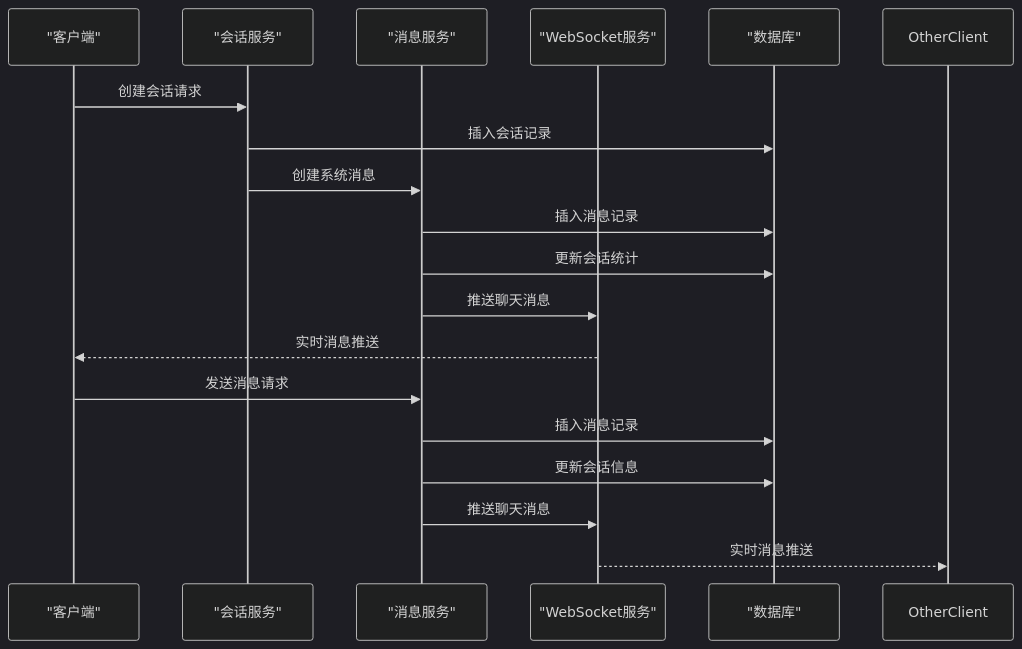
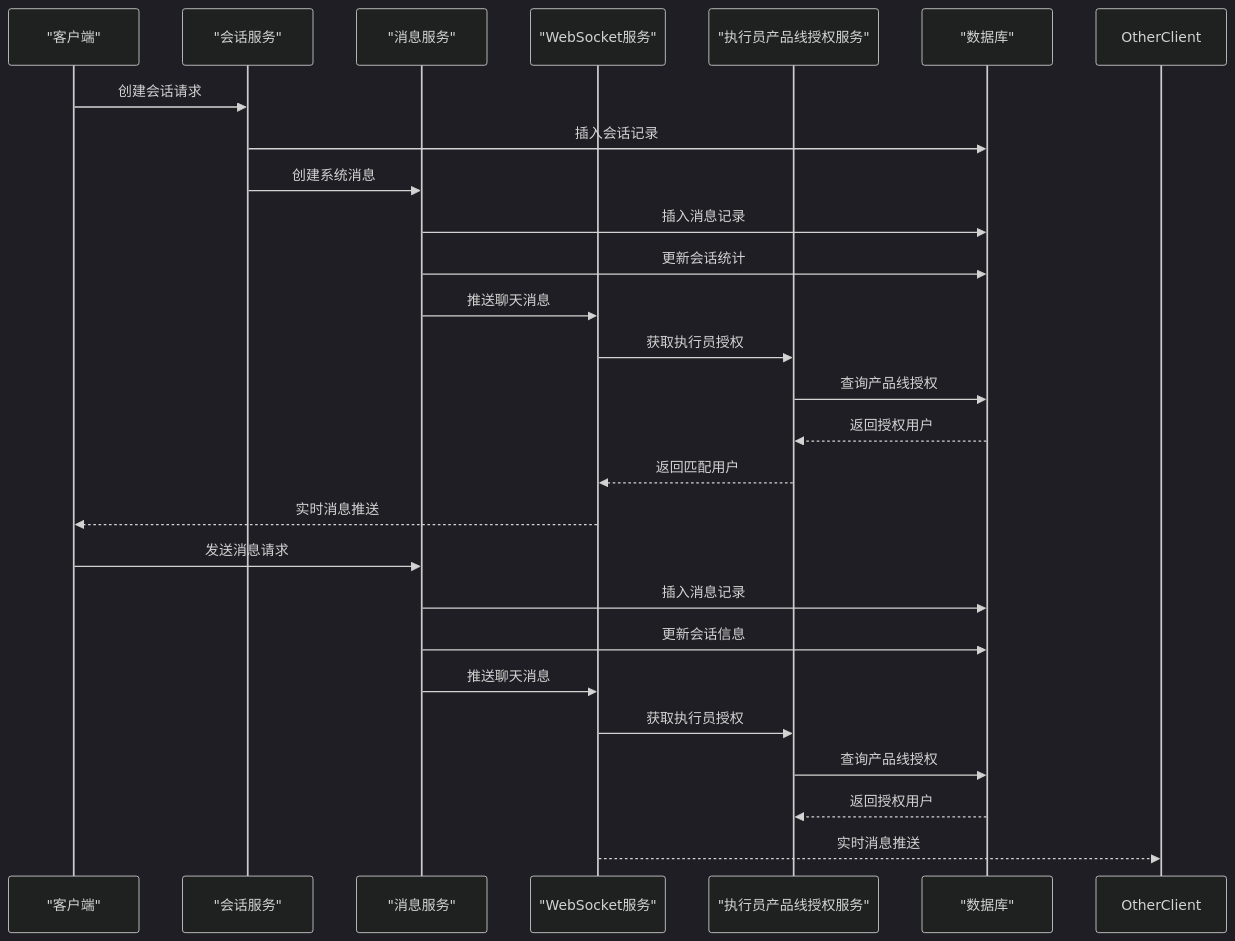
Before and after one commit to xiaoche80s-tech/rouyi-vue-pro: the fourth of 27 diagrams in .qoder/repowiki/zh/content/核心模块/客户服务模块.md, drawn with Mermaid (dark theme). The commit also changed other lines of this file and 534 other files, not shown here.

````diff
--- a/.qoder/repowiki/zh/content/核心模块/客户服务模块.md
+++ b/.qoder/repowiki/zh/content/核心模块/客户服务模块.md
@@ -351,20 +389,28 @@
 ```mermaid
 sequenceDiagram
 participant Client as "客户端"
 participant SessionService as "会话服务"
 participant MessageService as "消息服务"
 participant WebSocket as "WebSocket服务"
+participant DealerService as "执行员产品线授权服务"
 participant Database as "数据库"
 Client->>SessionService : 创建会话请求
 SessionService->>Database : 插入会话记录
 SessionService->>MessageService : 创建系统消息
 MessageService->>Database : 插入消息记录
 MessageService->>Database : 更新会话统计
 MessageService->>WebSocket : 推送聊天消息
+WebSocket->>DealerService : 获取执行员授权
+DealerService->>Database : 查询产品线授权
+Database-->>DealerService : 返回授权用户
+DealerService-->>WebSocket : 返回匹配用户
 WebSocket-->>Client : 实时消息推送
 Client->>MessageService : 发送消息请求
 MessageService->>Database : 插入消息记录
 MessageService->>Database : 更新会话信息
 MessageService->>WebSocket : 推送聊天消息
+WebSocket->>DealerService : 获取执行员授权
+DealerService->>Database : 查询产品线授权
+Database-->>DealerService : 返回授权用户
 WebSocket-->>OtherClient : 实时消息推送
 ```
````
